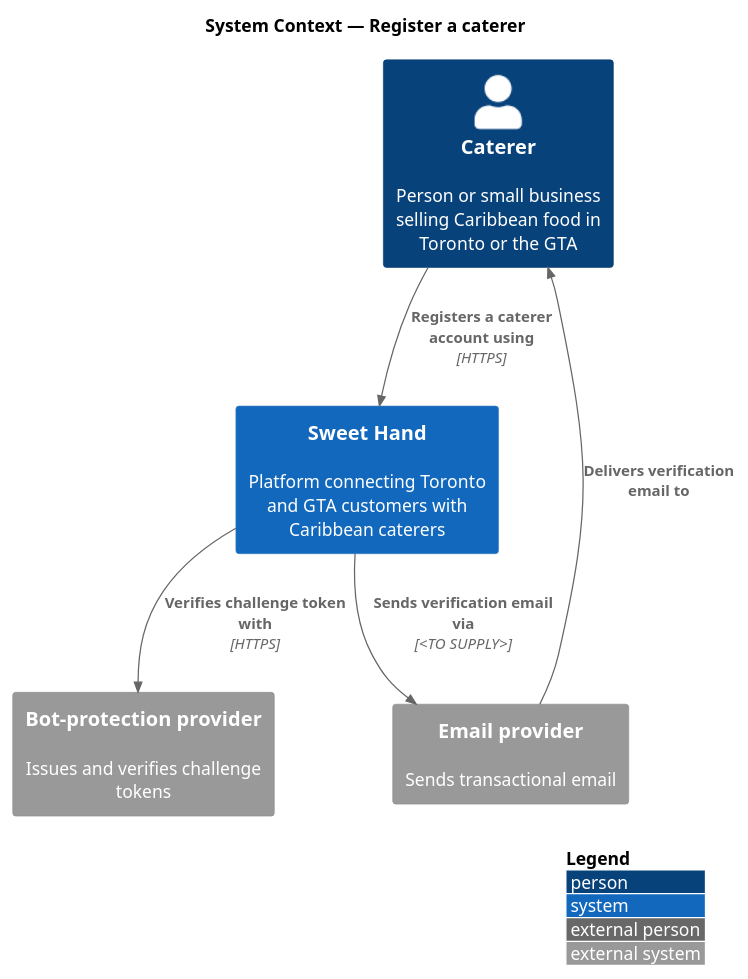
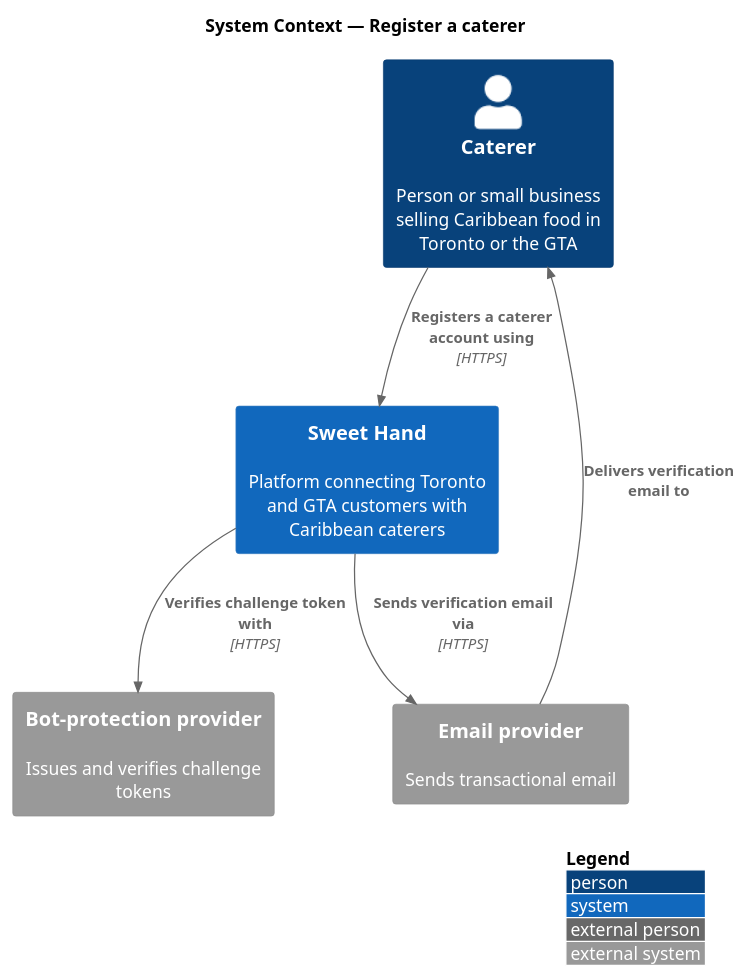
Before and after one commit to QuinntyneBrown/sweet-hand: the diagram in docs/detailed-designs/caterer-profiles/register-caterer/diagrams/c4-context.puml, drawn with PlantUML. The commit also changed 42 other files, not shown here.

```diff
--- a/docs/detailed-designs/caterer-profiles/register-caterer/diagrams/c4-context.puml
+++ b/docs/detailed-designs/caterer-profiles/register-caterer/diagrams/c4-context.puml
@@ -1,15 +1,15 @@
 @startuml
 !include <C4/C4_Context>
 LAYOUT_WITH_LEGEND()
 title System Context — Register a caterer
 
 Person(caterer, "Caterer", "Person or small business selling Caribbean food in Toronto or the GTA")
 System(sweethand, "Sweet Hand", "Platform connecting Toronto and GTA customers with Caribbean caterers")
 System_Ext(bot, "Bot-protection provider", "Issues and verifies challenge tokens")
 System_Ext(email, "Email provider", "Sends transactional email")
 
 Rel(caterer, sweethand, "Registers a caterer account using", "HTTPS")
 Rel(sweethand, bot, "Verifies challenge token with", "HTTPS")
-Rel(sweethand, email, "Sends verification email via", "<TO SUPPLY>")
+Rel(sweethand, email, "Sends verification email via", "HTTPS")
 Rel(email, caterer, "Delivers verification email to")
 @enduml
```
